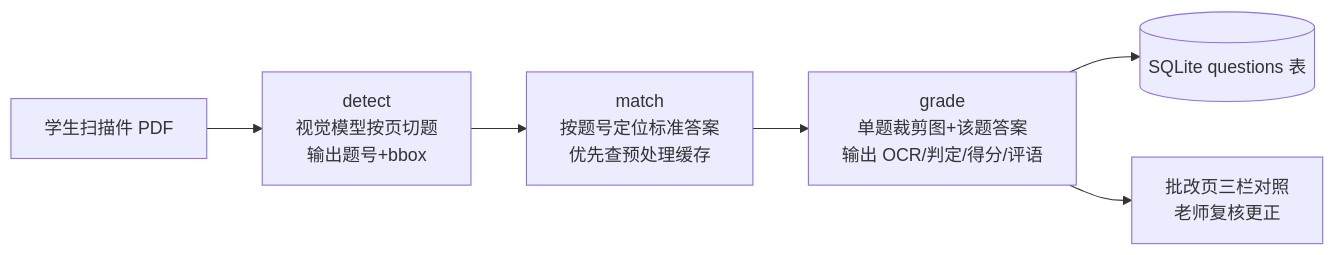
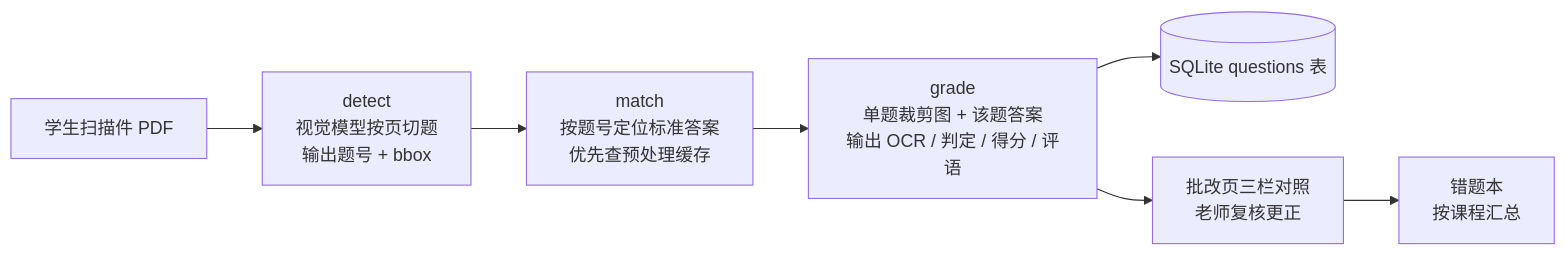
Before and after one commit to jezecheng/GradeLogy: the diagram in README.md, drawn with Mermaid. The commit also changed other lines of this file and 3 other files, not shown here.

````diff
--- a/README.md
+++ b/README.md
@@ -19,8 +32,9 @@
 ```mermaid
 flowchart LR
-    A[学生扫描件 PDF] --> B[detect<br/>视觉模型按页切题<br/>输出题号+bbox]
+    A[学生扫描件 PDF] --> B[detect<br/>视觉模型按页切题<br/>输出题号 + bbox]
     B --> C[match<br/>按题号定位标准答案<br/>优先查预处理缓存]
-    C --> D[grade<br/>单题裁剪图+该题答案<br/>输出 OCR/判定/得分/评语]
+    C --> D[grade<br/>单题裁剪图 + 该题答案<br/>输出 OCR / 判定 / 得分 / 评语]
     D --> E[(SQLite questions 表)]
     D --> F[批改页三栏对照<br/>老师复核更正]
+    F --> G[错题本<br/>按课程汇总]
 ```
````
